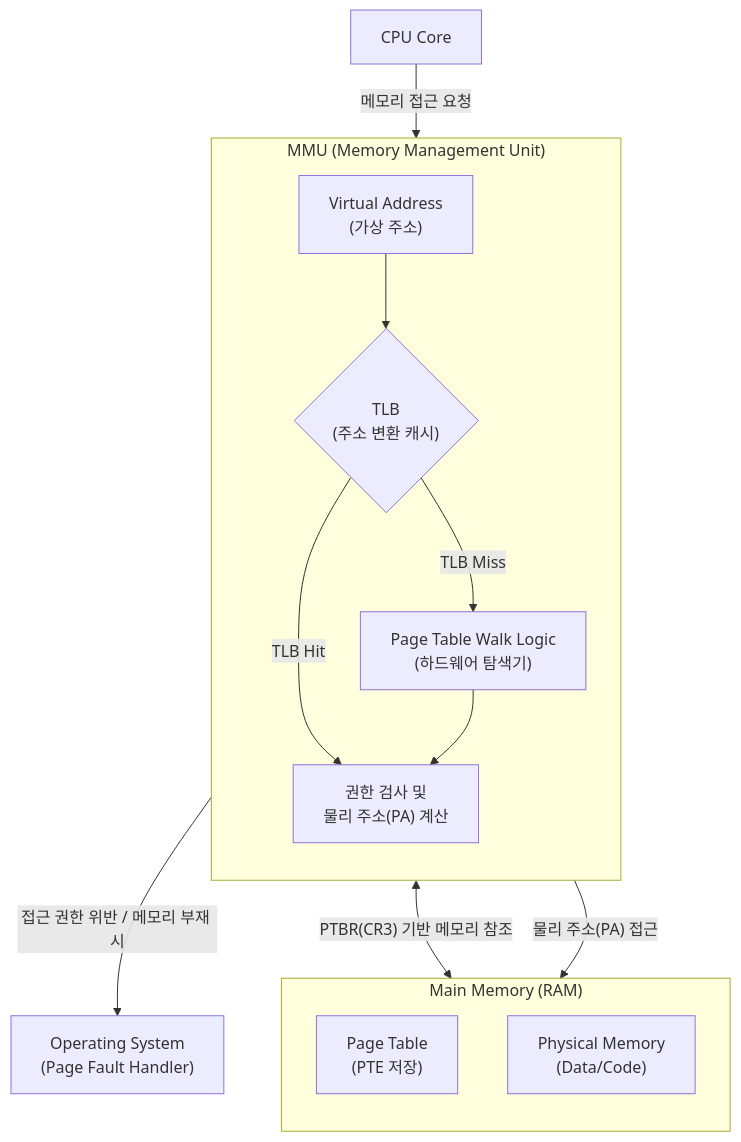
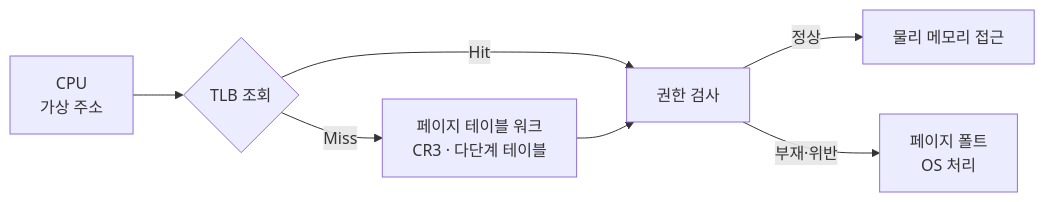
One commit to supremethumb/supremethumb.github.io changed the diagram in content/01_IT Tech/MMU(Memory Management Unit).md. Above: the diagram before and after it, drawn with Mermaid. The commit also changed other lines of this file and 1087 other files, not shown here.

````diff
--- a/content/01_IT Tech/MMU(Memory Management Unit).md
+++ b/content/01_IT Tech/MMU(Memory Management Unit).md
@@ -30,32 +36,9 @@
 ```mermaid
-flowchart TB
-    CPU["CPU Core"]
-    
-    subgraph MMU["MMU (Memory Management Unit)"]
-        direction TB
-        VA["Virtual Address<br/>(가상 주소)"]
-        TLB{"TLB<br/>(주소 변환 캐시)"}
-        PTW["Page Table Walk Logic<br/>(하드웨어 탐색기)"]
-        PA_CALC["권한 검사 및<br/>물리 주소(PA) 계산"]
-        
-        VA --> TLB
-        TLB -- "TLB Hit" --> PA_CALC
-        TLB -- "TLB Miss" --> PTW
-        PTW --> PA_CALC
-    end
-    
-    subgraph MainMemory["Main Memory (RAM)"]
-        direction TB
-        PT["Page Table<br/>(PTE 저장)"]
-        DATA["Physical Memory<br/>(Data/Code)"]
-    end
-    
-    OS["Operating System<br/>(Page Fault Handler)"]
-
-    CPU -->|메모리 접근 요청| VA
-    PTW <-->|"PTBR(CR3) 기반 메모리 참조"| PT
-    PA_CALC -->|"접근 권한 위반 / 메모리 부재 시"| OS
-    PA_CALC -->|"물리 주소(PA) 접근"| DATA
-
-
+flowchart LR
+    CPU["CPU<br/>가상 주소"] --> TLB{"TLB 조회"}
+    TLB -- "Hit" --> CHK["권한 검사"]
+    TLB -- "Miss" --> PTW["페이지 테이블 워크<br/>CR3 · 다단계 테이블"]
+    PTW --> CHK
+    CHK -- "정상" --> MEM["물리 메모리 접근"]
+    CHK -- "부재·위반" --> PF["페이지 폴트<br/>OS 처리"]
 ```
````
